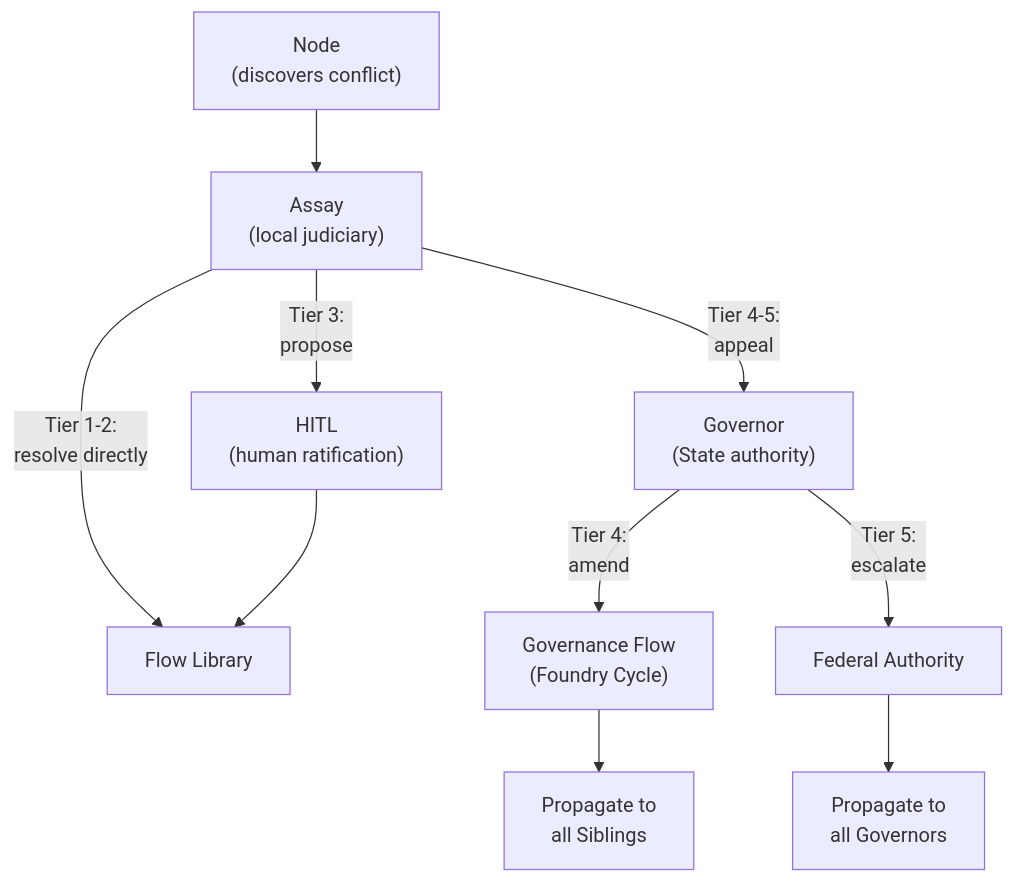
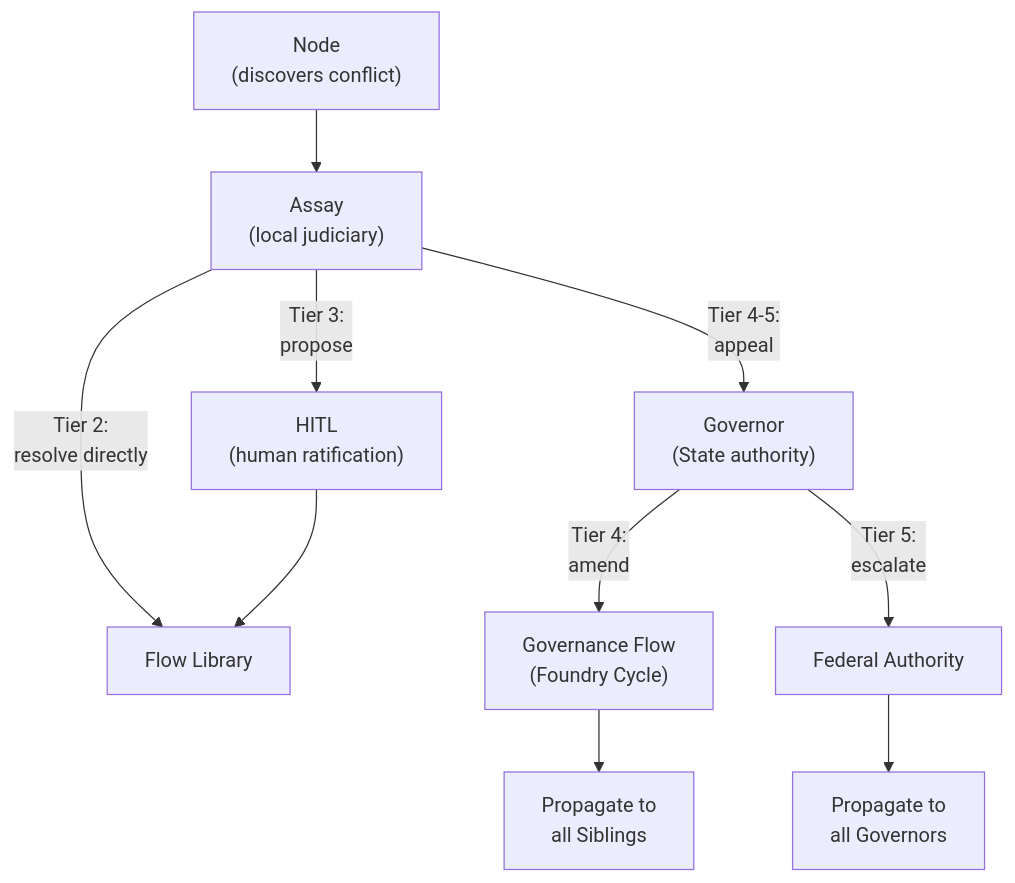
The second of 2 diagrams in 01-concepts/03-governance.md (really-knows-ai/gideas), drawn with Mermaid before and after one commit. The commit also changed other lines of this file and 3 other files, not shown here.

Commit message:
Refine documentation on governance and law tiers, clarifying capabilities of nodes and judicial authority in Foundry Flow

````diff
--- a/01-concepts/03-governance.md
+++ b/01-concepts/03-governance.md
@@ -254,12 +254,12 @@
 ```mermaid
 flowchart TD
     Node["Node<br/>(discovers conflict)"] --> Assay["Assay<br/>(local judiciary)"]
-    Assay -->|"Tier 1-2:<br/>resolve directly"| Library["Flow Library"]
+    Assay -->|"Tier 2:<br/>resolve directly"| Library["Flow Library"]
     Assay -->|"Tier 3:<br/>propose"| HITL["HITL<br/>(human ratification)"]
     HITL --> Library
     Assay -->|"Tier 4-5:<br/>appeal"| Governor["Governor<br/>(State authority)"]
     Governor -->|"Tier 4:<br/>amend"| GovFlow["Governance Flow<br/>(Foundry Cycle)"]
     GovFlow --> Propagate["Propagate to<br/>all Siblings"]
     Governor -->|"Tier 5:<br/>escalate"| Federal["Federal Authority"]
     Federal --> FedPropagate["Propagate to<br/>all Governors"]
 ```
````
